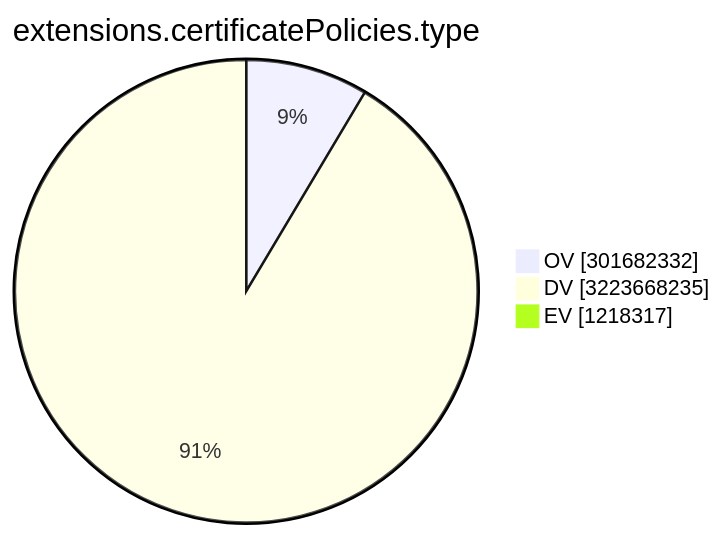
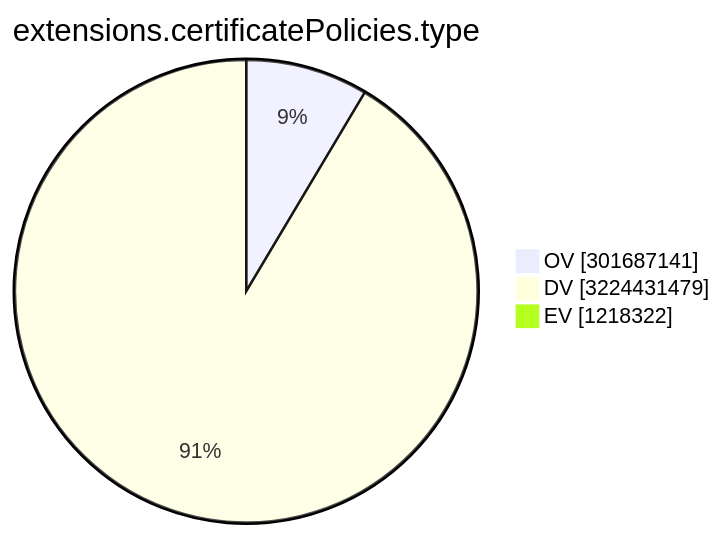
The ninth of 15 diagrams in TOTAL/README.md (christiankrug/ctmonitor_visualization), drawn with Mermaid before and after one commit. The commit also changed other lines of this file, not shown here.

````diff
--- a/TOTAL/README.md
+++ b/TOTAL/README.md
@@ -3107,7 +3107,7 @@
 ```mermaid
 pie showData
 title extensions.certificatePolicies.type
-"OV" :301682332
-"DV" :3223668235
-"EV" :1218317
+"OV" :301687141
+"DV" :3224431479
+"EV" :1218322
 ```
````
